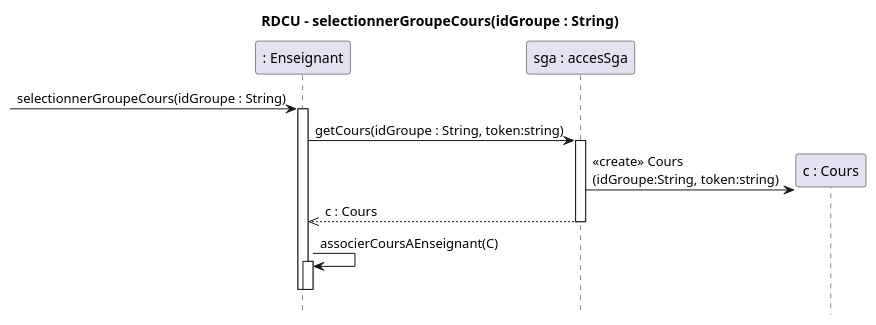
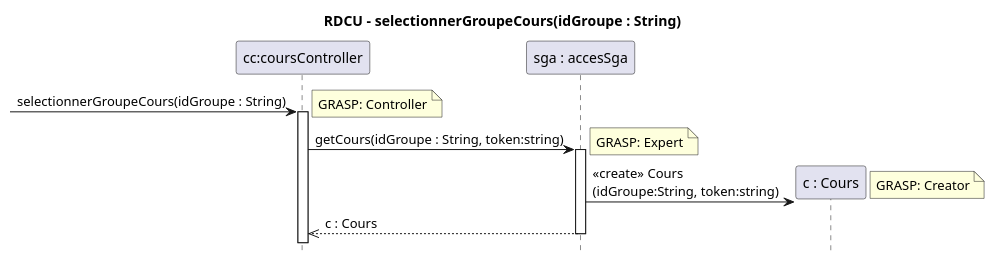
Before and after one commit to xMrYahya/moodle-clone: the diagram in docs/modeles/cu01/rdcu-sélectionnerGroupeCours.puml, drawn with PlantUML. The commit also changed 17 other files, not shown here.

```diff
--- a/docs/modeles/cu01/rdcu-sélectionnerGroupeCours.puml
+++ b/docs/modeles/cu01/rdcu-sélectionnerGroupeCours.puml
@@ -1,24 +1,21 @@
 @startuml
 hide footbox
 title RDCU - selectionnerGroupeCours(idGroupe : String)
 
-participant ": Enseignant" as E
+participant "cc:coursController" as cc
 participant "sga : accesSga" as S
 participant "c : Cours" as C
 
--> E : selectionnerGroupeCours(idGroupe : String)
-activate E
+-> cc : selectionnerGroupeCours(idGroupe : String)
+note right: GRASP: Controller
+activate cc
 
-E -> S : getCours(idGroupe : String, token:string)
+cc -> S : getCours(idGroupe : String, token:string)
+note right: GRASP: Expert
 activate S
 S -> C ** : <<create>> Cours\n(idGroupe:String, token:string)
+note right: GRASP: Creator
 
-
-S -->> E : c : Cours
+S -->> cc : c : Cours
 deactivate S
-
-E -> E : associerCoursAEnseignant(C)
-activate E
-deactivate E
-deactivate E
 @enduml
```
